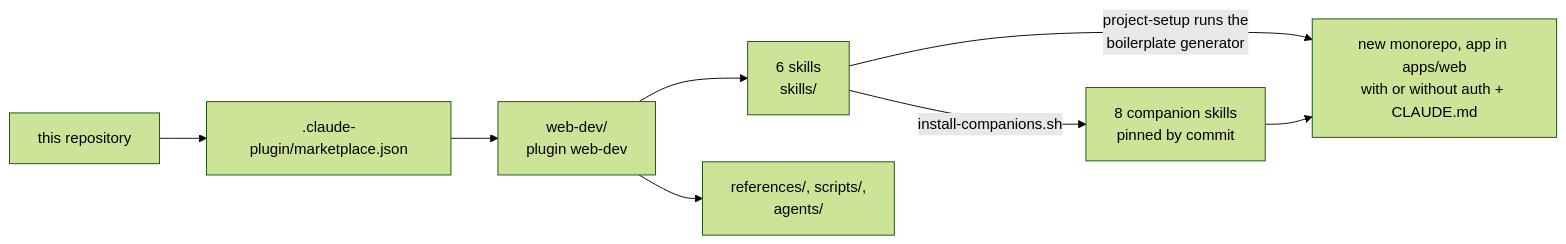
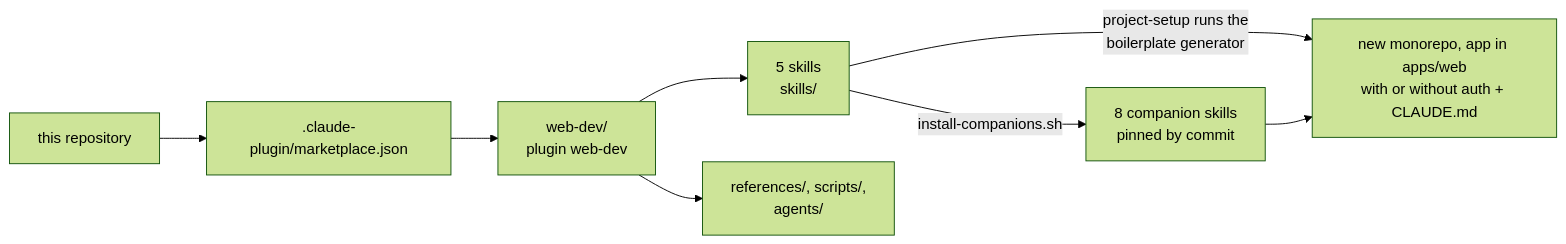
Before and after one commit to loiphan-agilityio/web-dev-plugin: the first of 3 diagrams in DESIGN.md, drawn with Mermaid (forest theme). The commit also changed other lines of this file and 25 other files, not shown here.

````diff
--- a/DESIGN.md
+++ b/DESIGN.md
@@ -8,10 +8,10 @@
 ```mermaid
 flowchart LR
   repo["this repository"] --> mkt[".claude-plugin/marketplace.json"]
   mkt --> plugin["web-dev/<br/>plugin web-dev"]
-  plugin --> skills["6 skills<br/>skills/"]
+  plugin --> skills["5 skills<br/>skills/"]
   plugin --> shared["references/, scripts/,<br/>agents/"]
   skills -->|project-setup runs the<br/>boilerplate generator| app["new monorepo, app in apps/web<br/>with or without auth + CLAUDE.md"]
   skills -->|install-companions.sh| comp["8 companion skills<br/>pinned by commit"]
   comp --> app
 ```
````
